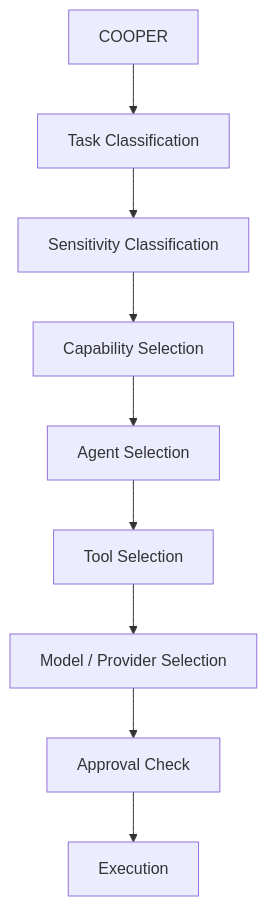
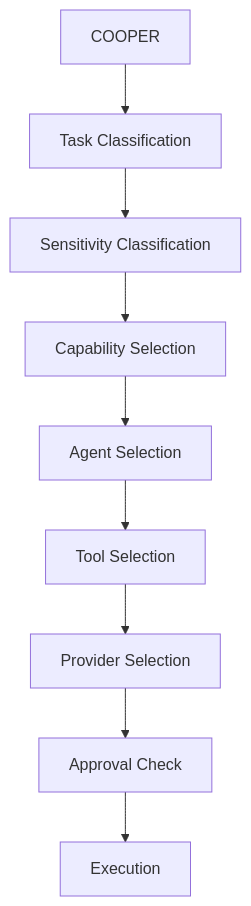
Before and after one commit to ThemisEidos/AI-Ecosystem: the diagram in Documentation/COOPER-Agent-Routing-Architecture.md, drawn with Mermaid. The commit also changed other lines of this file and 8 other files, not shown here.

````diff
--- a/Documentation/COOPER-Agent-Routing-Architecture.md
+++ b/Documentation/COOPER-Agent-Routing-Architecture.md
@@ -7,11 +7,11 @@
 ```mermaid
 flowchart TD
     A["COOPER"] --> B["Task Classification"]
     B --> C["Sensitivity Classification"]
     C --> D["Capability Selection"]
     D --> E["Agent Selection"]
     E --> F["Tool Selection"]
-    F --> G["Model / Provider Selection"]
+    F --> G["Provider Selection"]
     G --> H["Approval Check"]
     H --> I["Execution"]
 ```
````
